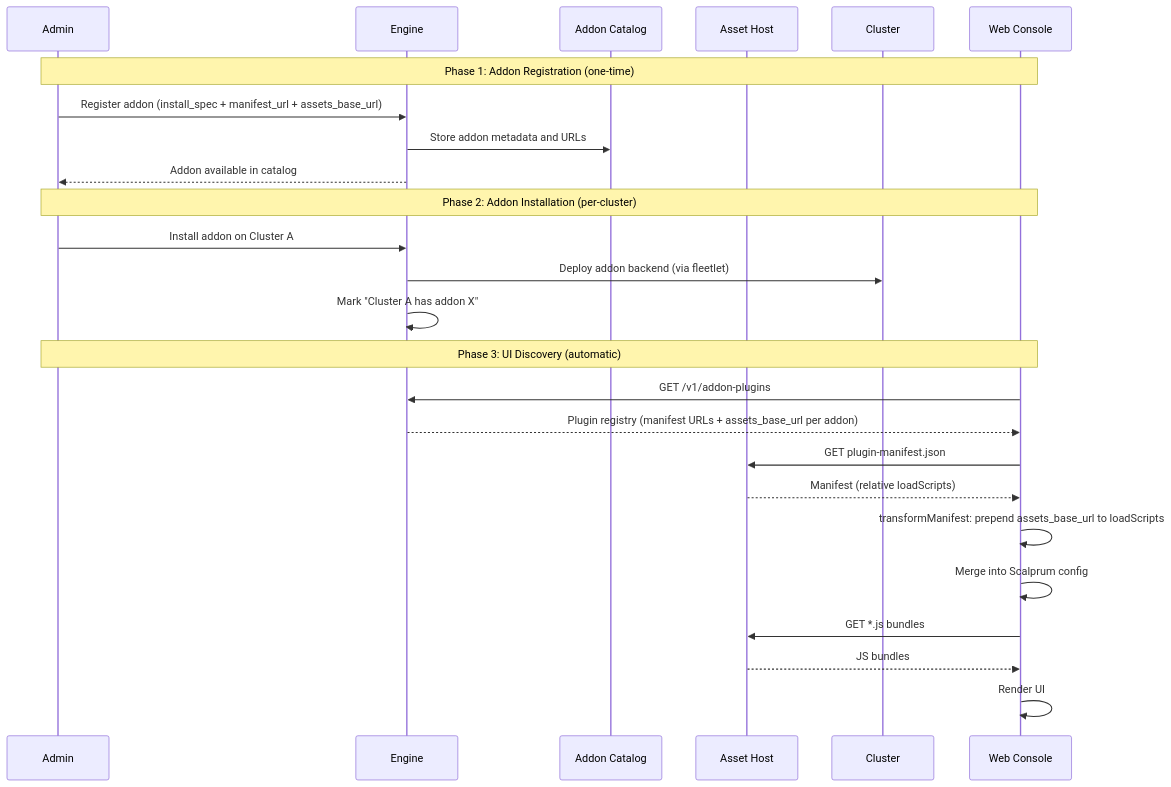
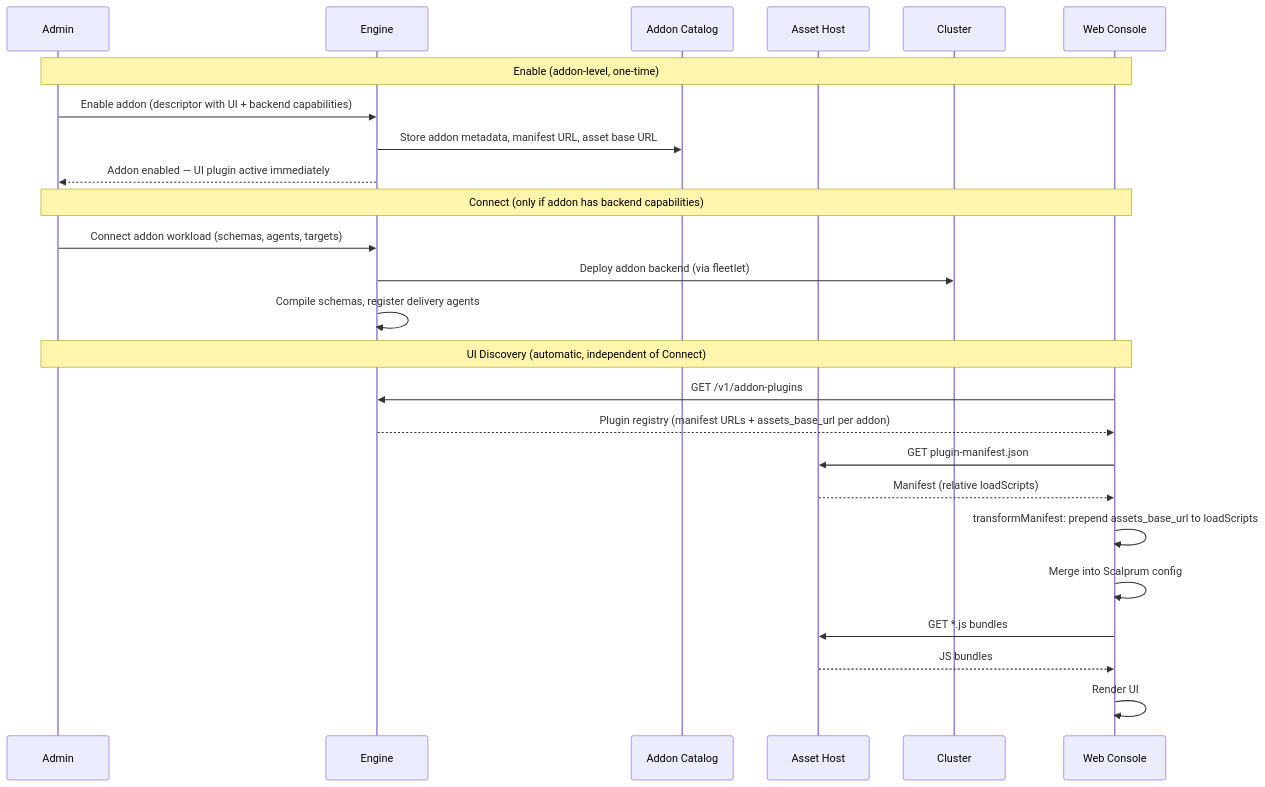
One commit to fleetshift/fleetshift-poc changed the third of 11 diagrams in docs/design/addon-ui-architecture.md. Above: the diagram before and after it, drawn with Mermaid. The commit also changed other lines of this file and 3 other files, not shown here.

````diff
--- a/docs/design/addon-ui-architecture.md
+++ b/docs/design/addon-ui-architecture.md
@@ -191,30 +232,30 @@
 ```mermaid
 sequenceDiagram
     participant Admin
     participant Engine
     participant Catalog as Addon Catalog
     participant AssetHost as Asset Host
     participant Cluster
     participant Shell as Web Console
 
-    Note over Admin,Shell: Phase 1: Addon Registration (one-time)
-    Admin->>Engine: Register addon (install_spec + manifest_url + assets_base_url)
-    Engine->>Catalog: Store addon metadata and URLs
-    Engine-->>Admin: Addon available in catalog
+    Note over Admin,Shell: Enable (addon-level, one-time)
+    Admin->>Engine: Enable addon (descriptor with UI + backend capabilities)
+    Engine->>Catalog: Store addon metadata, manifest URL, asset base URL
+    Engine-->>Admin: Addon enabled — UI plugin active immediately
 
-    Note over Admin,Shell: Phase 2: Addon Installation (per-cluster)
-    Admin->>Engine: Install addon on Cluster A
+    Note over Admin,Shell: Connect (only if addon has backend capabilities)
+    Admin->>Engine: Connect addon workload (schemas, agents, targets)
     Engine->>Cluster: Deploy addon backend (via fleetlet)
-    Engine->>Engine: Mark "Cluster A has addon X"
+    Engine->>Engine: Compile schemas, register delivery agents
 
-    Note over Admin,Shell: Phase 3: UI Discovery (automatic)
+    Note over Admin,Shell: UI Discovery (automatic, independent of Connect)
     Shell->>Engine: GET /v1/addon-plugins
     Engine-->>Shell: Plugin registry (manifest URLs + assets_base_url per addon)
     Shell->>AssetHost: GET plugin-manifest.json
     AssetHost-->>Shell: Manifest (relative loadScripts)
     Shell->>Shell: transformManifest: prepend assets_base_url to loadScripts
     Shell->>Shell: Merge into Scalprum config
     Shell->>AssetHost: GET *.js bundles
     AssetHost-->>Shell: JS bundles
     Shell->>Shell: Render UI
 ```
````
